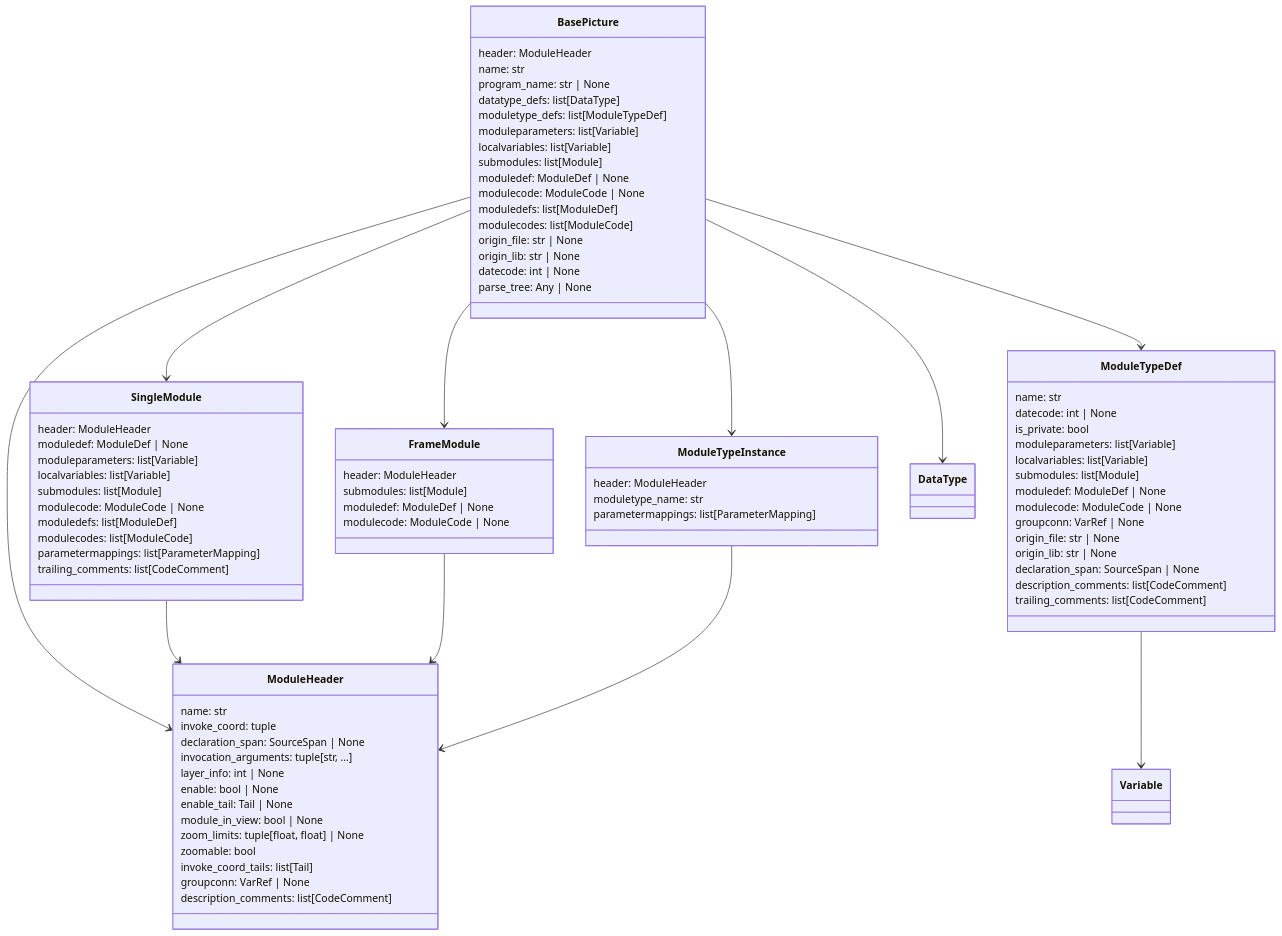
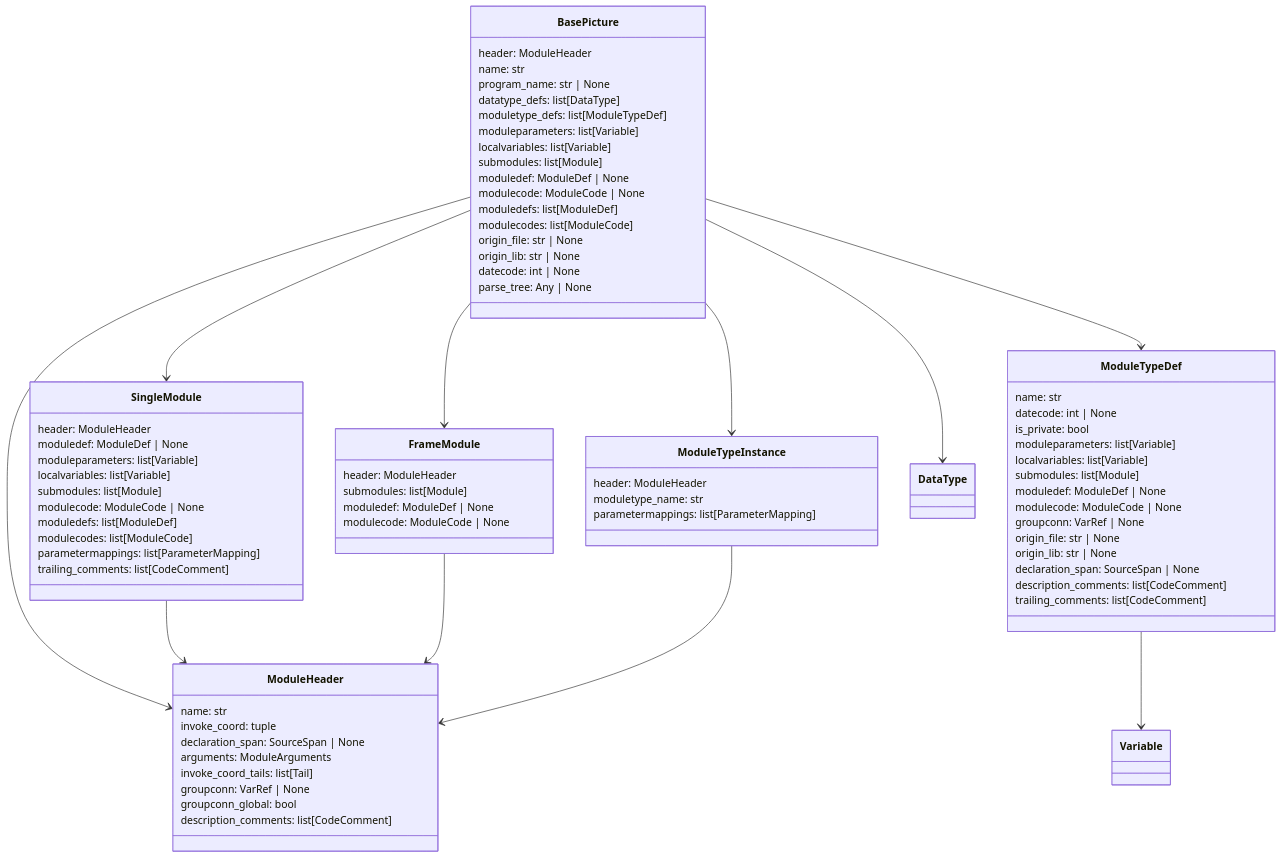
Before and after one commit to SorenHJohansen/sattline-parser: the first of 6 diagrams in docs/ast.md, drawn with Mermaid. The commit also changed other lines of this file and 25 other files, not shown here.

```diff
--- a/docs/ast.md
+++ b/docs/ast.md
@@ -32,15 +32,10 @@
         name: str
         invoke_coord: tuple
         declaration_span: SourceSpan | None
-        invocation_arguments: tuple[str, ...]
-        layer_info: int | None
-        enable: bool | None
-        enable_tail: Tail | None
-        module_in_view: bool | None
-        zoom_limits: tuple[float, float] | None
-        zoomable: bool
+        arguments: ModuleArguments
         invoke_coord_tails: list[Tail]
         groupconn: VarRef | None
+        groupconn_global: bool
         description_comments: list[CodeComment]
     }
 
```
